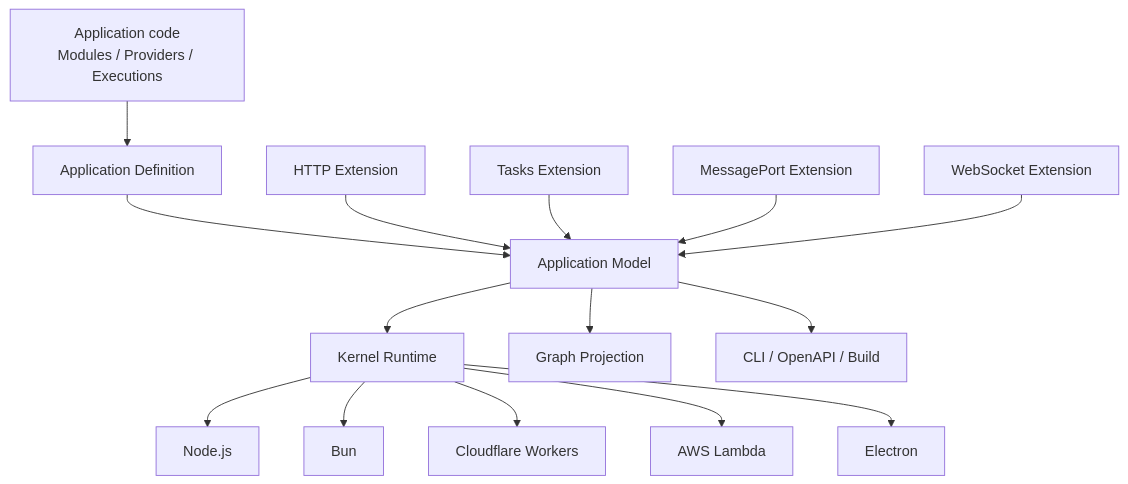
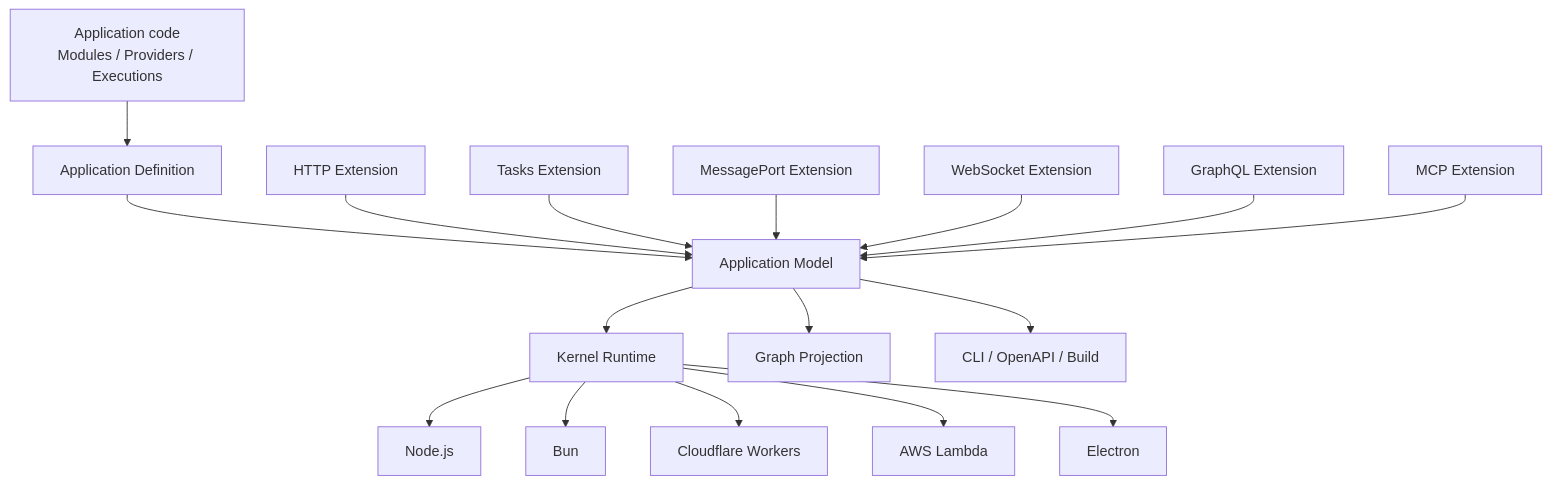
Before and after one commit to come25136/loutrejs: the diagram in docs/ja/architecture.md, drawn with Mermaid. The commit also changed other lines of this file and 58 other files, not shown here.

````diff
--- a/docs/ja/architecture.md
+++ b/docs/ja/architecture.md
@@ -9,19 +9,21 @@
 ```mermaid
 flowchart TB
   code["Application code\nModules / Providers / Executions"] --> definition["Application Definition"]
   definition --> model["Application Model"]
   model --> runtime["Kernel Runtime"]
   model --> graphProjection["Graph Projection"]
   model --> tooling["CLI / OpenAPI / Build"]
 
   http["HTTP Extension"] --> model
   tasks["Tasks Extension"] --> model
   messagePort["MessagePort Extension"] --> model
   websocket["WebSocket Extension"] --> model
+  graphql["GraphQL Extension"] --> model
+  mcp["MCP Extension"] --> model
 
   runtime --> node["Node.js"]
   runtime --> bun["Bun"]
   runtime --> workers["Cloudflare Workers"]
   runtime --> lambda["AWS Lambda"]
   runtime --> electron["Electron"]
 ```
````
